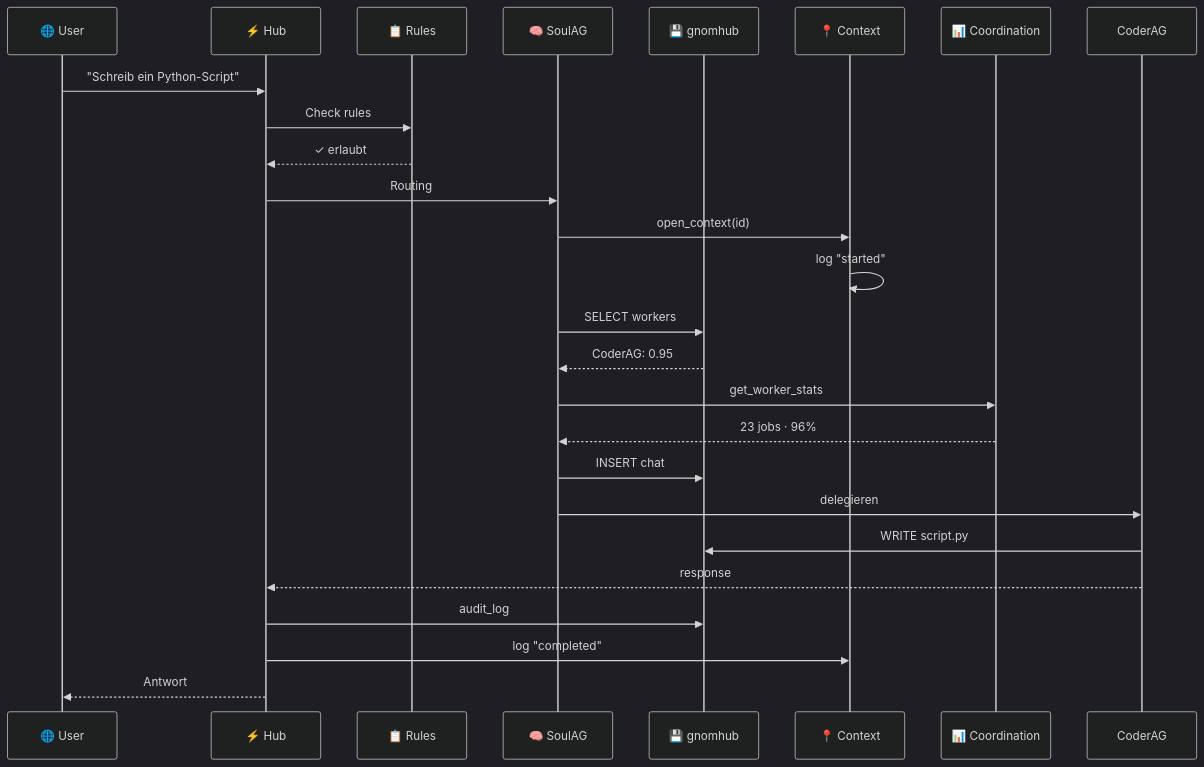
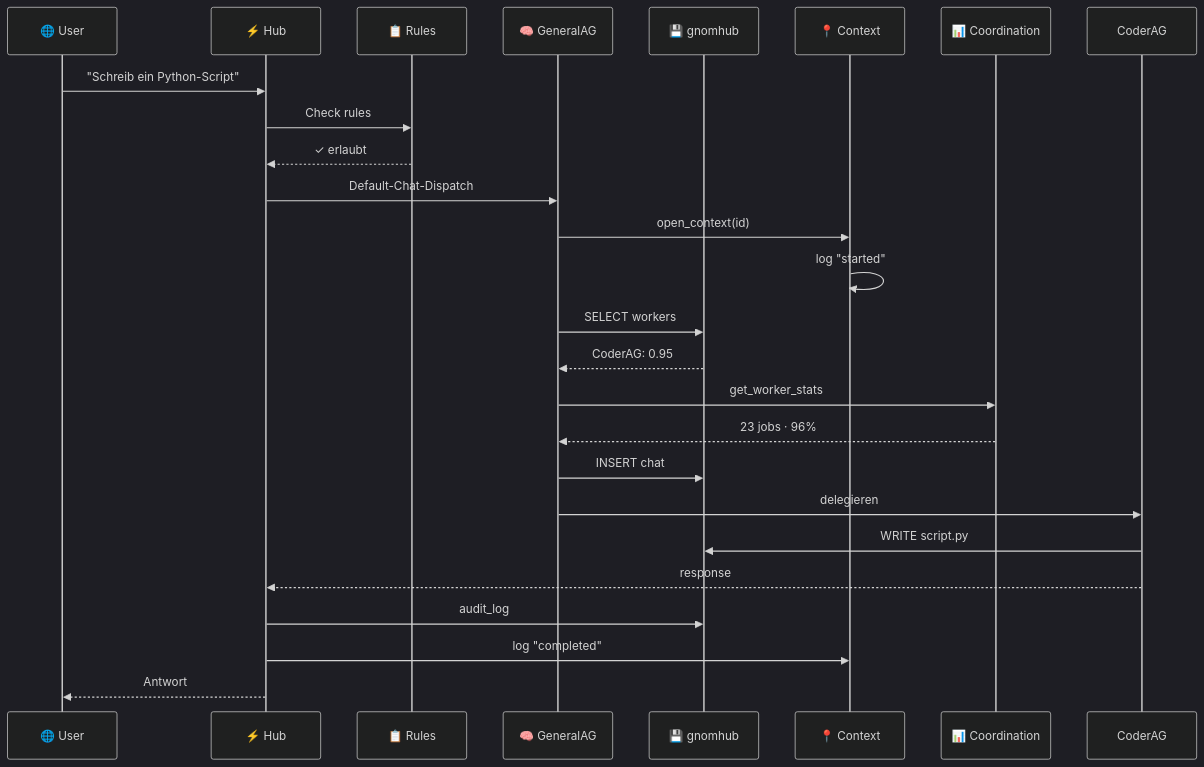
One commit to landjunge/gnom-hub changed the third of 4 diagrams in README.de.md. Above: the diagram before and after it, drawn with Mermaid (dark theme). The commit also changed other lines of this file and 2 other files, not shown here.

````diff
--- a/README.de.md
+++ b/README.de.md
@@ -341,28 +361,28 @@
 ```mermaid
 sequenceDiagram
     participant U as 🌐 User
     participant H as ⚡ Hub
     participant R as 📋 Rules
-    participant S as 🧠 SoulAG
+    participant G as 🧠 GeneralAG
     participant M as 💾 gnomhub
     participant C as 📍 Context
     participant L as 📊 Coordination
 
     U->>H: "Schreib ein Python-Script"
     H->>R: Check rules
     R-->>H: ✓ erlaubt
-    H->>S: Routing
-    S->>C: open_context(id)
+    H->>G: Default-Chat-Dispatch
+    G->>C: open_context(id)
     C->>C: log "started"
-    S->>M: SELECT workers
-    M-->>S: CoderAG: 0.95
-    S->>L: get_worker_stats
-    L-->>S: 23 jobs · 96%
-    S->>M: INSERT chat
-    S->>CoderAG: delegieren
+    G->>M: SELECT workers
+    M-->>G: CoderAG: 0.95
+    G->>L: get_worker_stats
+    L-->>G: 23 jobs · 96%
+    G->>M: INSERT chat
+    G->>CoderAG: delegieren
     CoderAG->>M: WRITE script.py
     CoderAG-->>H: response
     H->>M: audit_log
     H->>C: log "completed"
     H-->>U: Antwort
 ```
````
